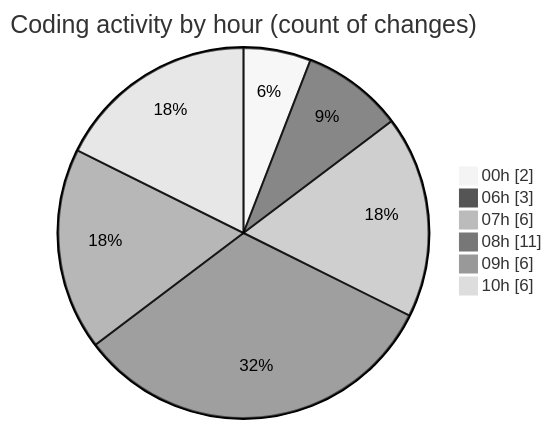
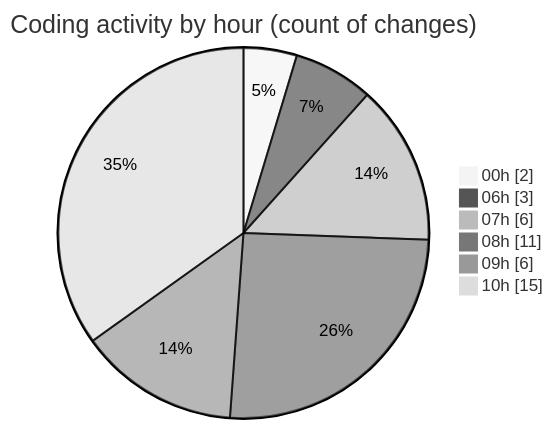
Before and after one commit to Elitesun/code-tracking: the second of 2 diagrams in 2025-05-15/niten/README.md, drawn with Mermaid (neutral theme). The commit also changed other lines of this file and 1 other file, not shown here.

````diff
--- a/2025-05-15/niten/README.md
+++ b/2025-05-15/niten/README.md
@@ -44,10 +48,10 @@
 ```mermaid
 pie showData
 title Coding activity by hour (count of changes)
 "00h" : 2
 "06h" : 3
 "07h" : 6
 "08h" : 11
 "09h" : 6
-"10h" : 6
+"10h" : 15
 ```
````
